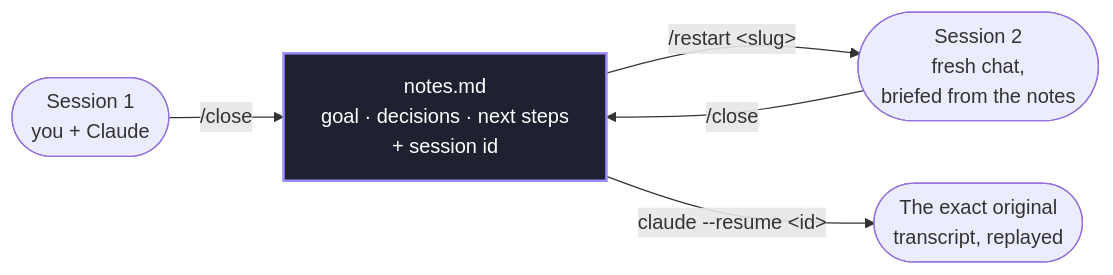
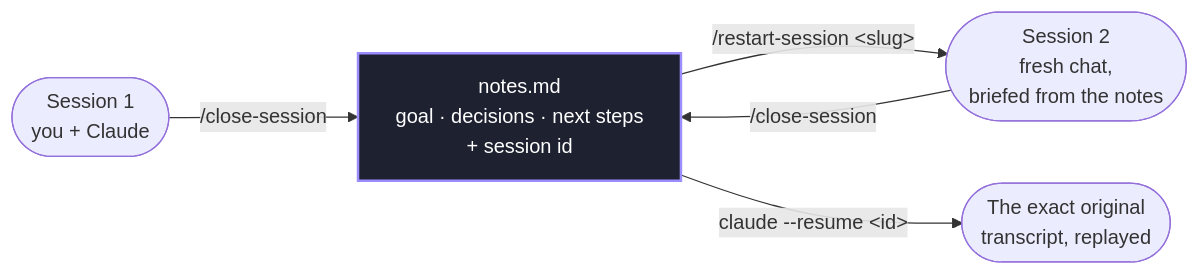
The diagram in README.md (t-mercier/ai-agents-orchestrator), drawn with Mermaid before and after one commit. The commit also changed other lines of this file and 10 other files, not shown here.

````diff
--- a/README.md
+++ b/README.md
@@ -125,9 +125,9 @@
 ```mermaid
 flowchart LR
-    S1(["Session 1<br/>you + Claude"]) -->|/close| N["notes.md<br/>goal · decisions · next steps<br/>+ session id"]
-    N -->|"/restart &lt;slug&gt;"| S2(["Session 2<br/>fresh chat,<br/>briefed from the notes"])
+    S1(["Session 1<br/>you + Claude"]) -->|/close-session| N["notes.md<br/>goal · decisions · next steps<br/>+ session id"]
+    N -->|"/restart-session &lt;slug&gt;"| S2(["Session 2<br/>fresh chat,<br/>briefed from the notes"])
     N -->|"claude --resume &lt;id&gt;"| R(["The exact original<br/>transcript, replayed"])
-    S2 -->|/close| N
+    S2 -->|/close-session| N
     classDef disk fill:#1e2230,stroke:#9b8cff,stroke-width:2px,color:#fff;
     class N disk;
 ```
````
